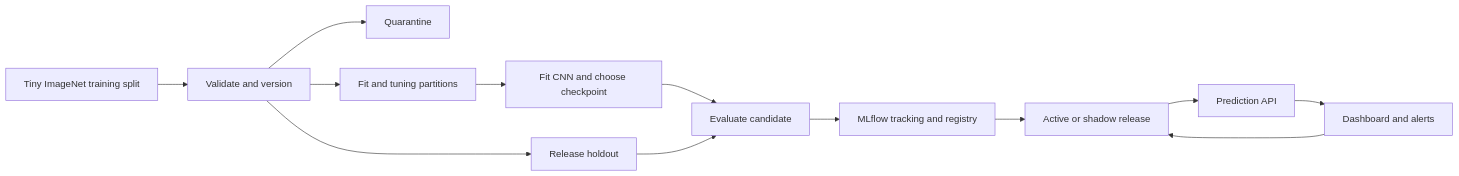
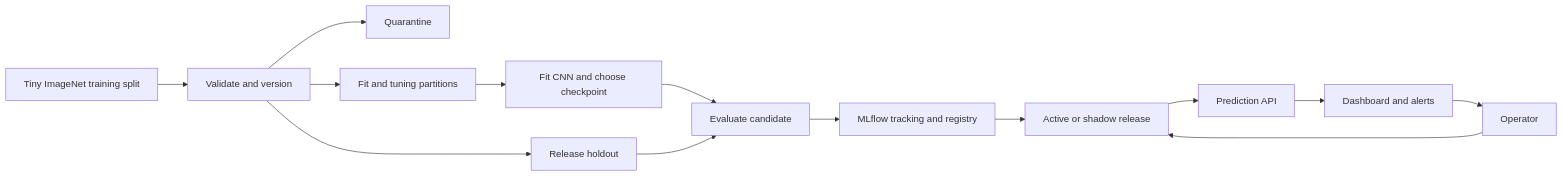
Before and after one commit to sunnakh/tiny-imagenet-ml-system: the diagram in README.md, drawn with Mermaid. The commit also changed other lines of this file and 2 other files, not shown here.

````diff
--- a/README.md
+++ b/README.md
@@ -5,15 +5,16 @@
 ```mermaid
 flowchart LR
     A[Tiny ImageNet training split] --> B[Validate and version]
     B --> Q[Quarantine]
     B --> F[Fit and tuning partitions]
     B --> G[Release holdout]
     F --> T[Fit CNN and choose checkpoint]
     T --> E[Evaluate candidate]
     G --> E
     E --> R[MLflow tracking and registry]
     R --> P[Active or shadow release]
     P --> S[Prediction API]
     S --> M[Dashboard and alerts]
-    M --> P
+    M --> O[Operator]
+    O --> P
 ```
````
